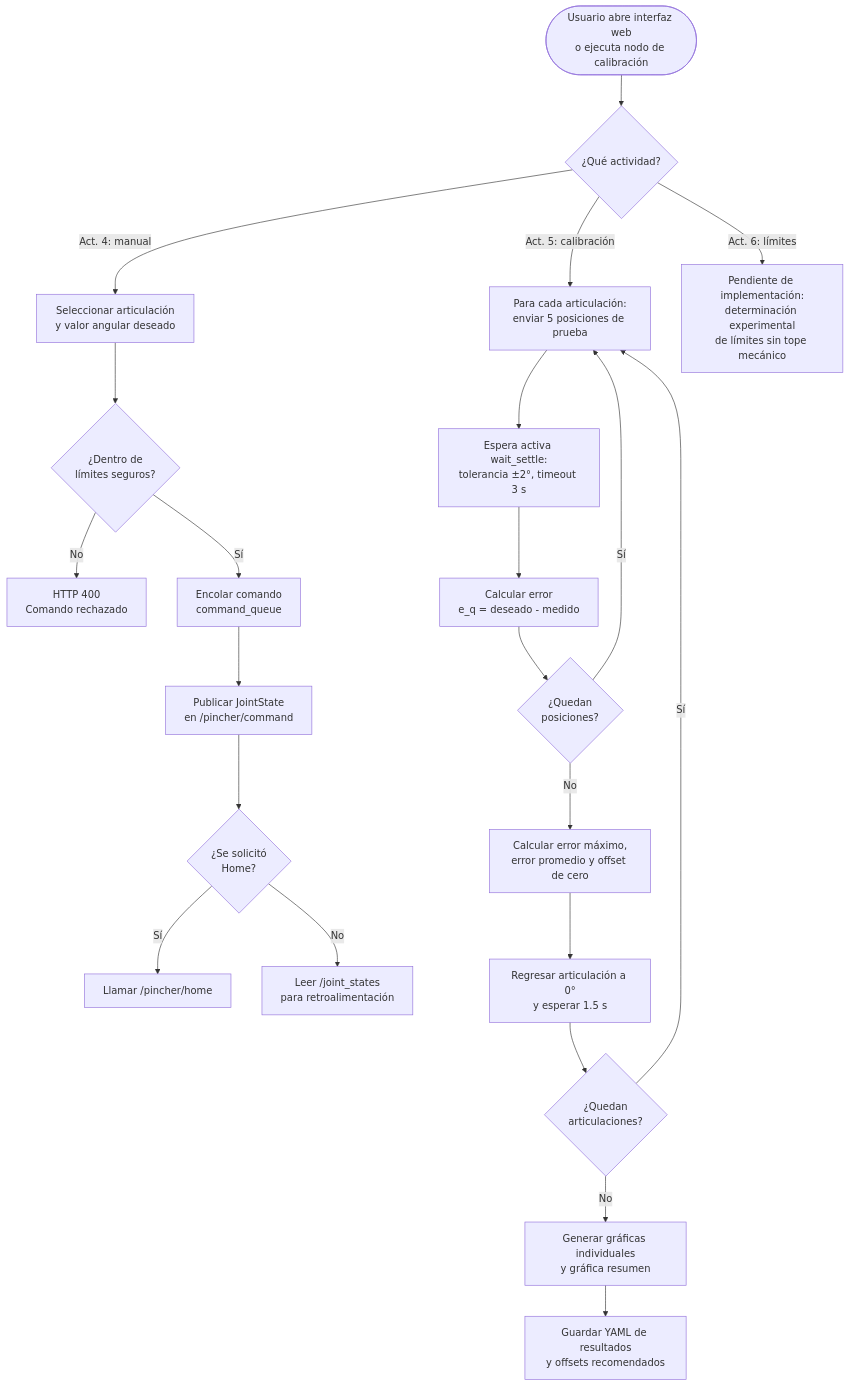
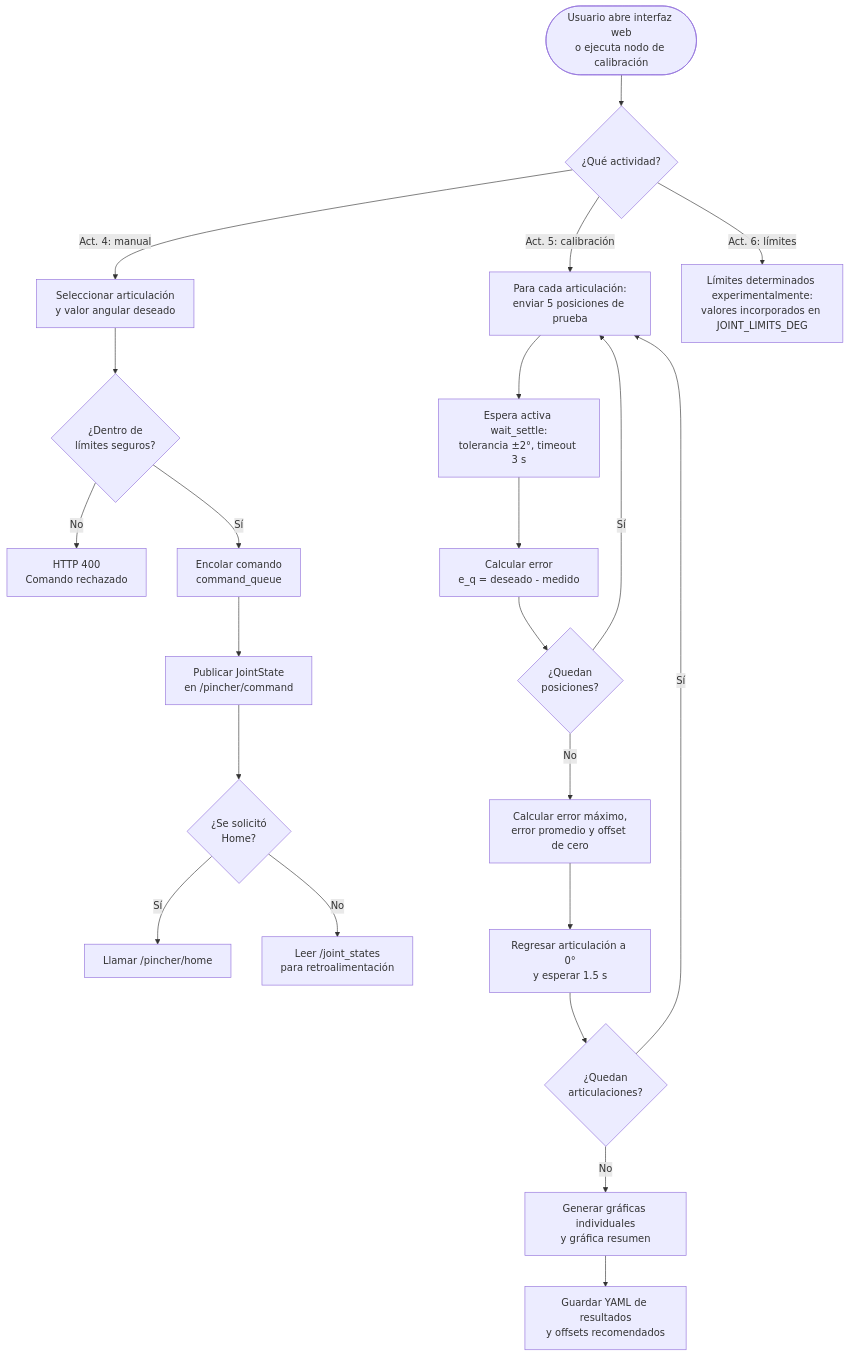
One commit to labsir-un/Robotica-2026-I-Equipo-2E-Mora-Pacheco-Pinilla changed the second of 6 diagrams in Laboratorio No. 05 - Robótica de Desarrollo ROS Jazzy y Phantom Pincher X100/README.MD. Above: the diagram before and after it, drawn with Mermaid. The commit also changed other lines of this file and 1 other file, not shown here.

Commit message:
fix: eliminar README duplicado en src/lab05_code y actualizar README correcto con Act 6, 10, 11, 12, 14

````diff
--- a/Laboratorio No. 05 - Robótica de Desarrollo ROS Jazzy y Phantom Pincher X100/README.MD
+++ b/Laboratorio No. 05 - Robótica de Desarrollo ROS Jazzy y Phantom Pincher X100/README.MD
@@ -353,27 +356,27 @@
 ```mermaid
 flowchart TD
     START([Usuario abre interfaz web<br/>o ejecuta nodo de calibración]) --> SEL{¿Qué actividad?}
 
     SEL -->|Act. 4: manual| PICK[Seleccionar articulación<br/>y valor angular deseado]
     PICK --> LIM4{¿Dentro de<br/>límites seguros?}
     LIM4 -->|No| REJ[HTTP 400<br/>Comando rechazado]
     LIM4 -->|Sí| ENQ[Encolar comando<br/>command_queue]
     ENQ --> PUB[Publicar JointState<br/>en /pincher/command]
     PUB --> HOME4{¿Se solicitó<br/>Home?}
     HOME4 -->|Sí| SRV[Llamar /pincher/home]
     HOME4 -->|No| FEED[Leer /joint_states<br/>para retroalimentación]
 
     SEL -->|Act. 5: calibración| LOOP[Para cada articulación:<br/>enviar 5 posiciones de prueba]
     LOOP --> WAIT[Espera activa wait_settle:<br/>tolerancia ±2°, timeout 3 s]
     WAIT --> ERR[Calcular error<br/>e_q = deseado - medido]
     ERR --> MORE{¿Quedan<br/>posiciones?}
     MORE -->|Sí| LOOP
     MORE -->|No| STATS[Calcular error máximo,<br/>error promedio y offset de cero]
     STATS --> HOMEJ[Regresar articulación a 0°<br/>y esperar 1.5 s]
     HOMEJ --> NEXTJ{¿Quedan<br/>articulaciones?}
     NEXTJ -->|Sí| LOOP
     NEXTJ -->|No| PLOTS[Generar gráficas individuales<br/>y gráfica resumen]
     PLOTS --> SAVE[Guardar YAML de resultados<br/>y offsets recomendados]
 
-    SEL -->|Act. 6: límites| CHECKLIM["Pendiente de implementación:<br/>determinación experimental<br/>de límites sin tope mecánico"]
+    SEL -->|Act. 6: límites| CHECKLIM["Límites determinados experimentalmente:<br/>valores incorporados en JOINT_LIMITS_DEG"]
 ```
````
